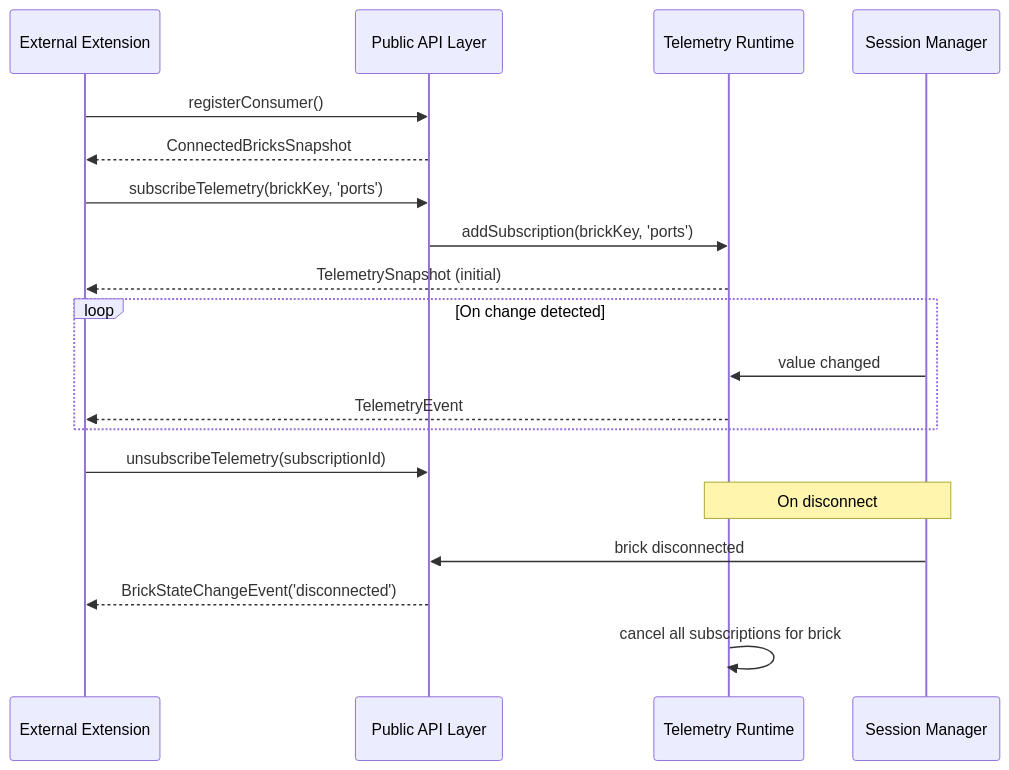
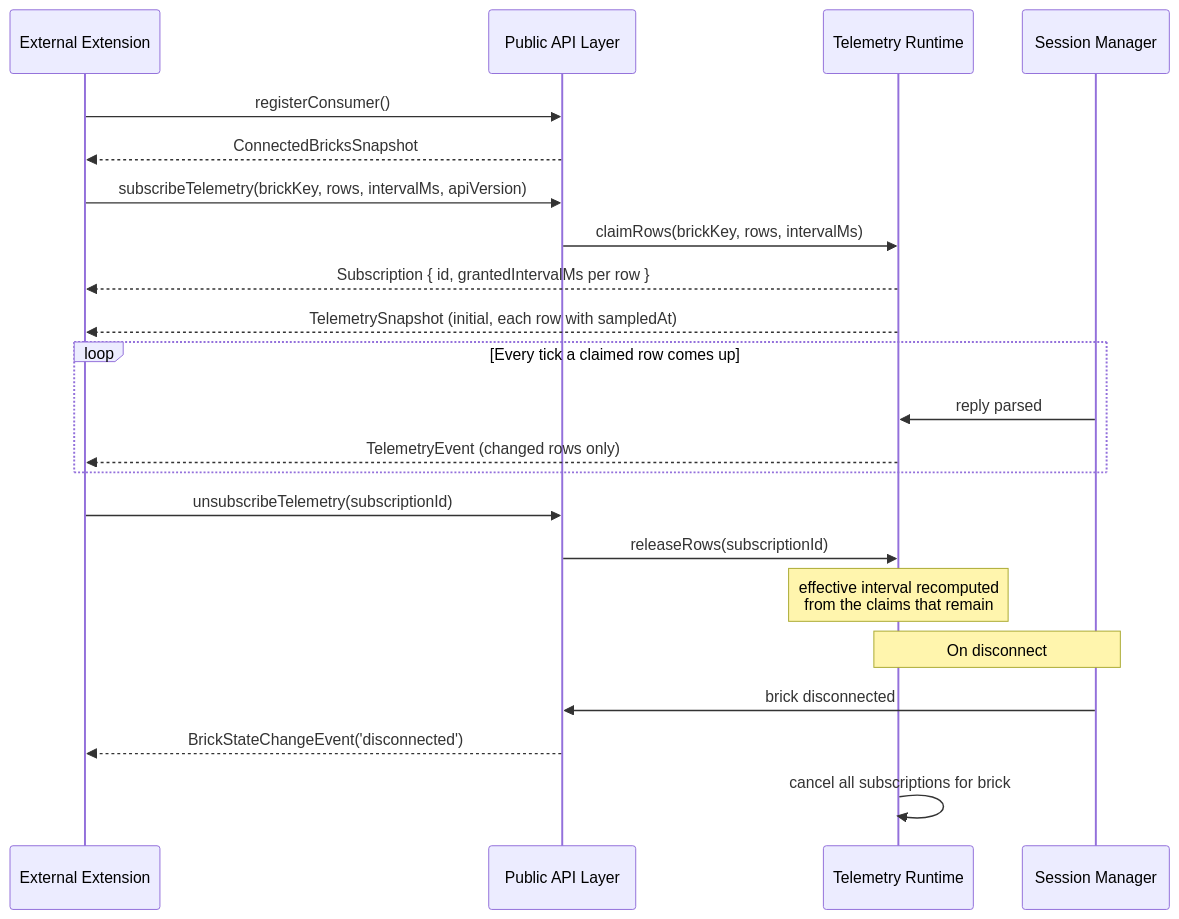
Before and after one commit to 99LevelsUp/ev3-cockpit: the fifth of 5 diagrams in DESIGN.md, drawn with Mermaid. The commit also changed other lines of this file and 3 other files, not shown here.

````diff
--- a/DESIGN.md
+++ b/DESIGN.md
@@ -851,26 +1139,29 @@
 ```mermaid
 sequenceDiagram
     participant Ext as External Extension
     participant API as Public API Layer
     participant TM as Telemetry Runtime
     participant SM as Session Manager
 
     Ext->>API: registerConsumer()
     API-->>Ext: ConnectedBricksSnapshot
 
-    Ext->>API: subscribeTelemetry(brickKey, 'ports')
-    API->>TM: addSubscription(brickKey, 'ports')
-    TM-->>Ext: TelemetrySnapshot (initial)
+    Ext->>API: subscribeTelemetry(brickKey, rows, intervalMs, apiVersion)
+    API->>TM: claimRows(brickKey, rows, intervalMs)
+    TM-->>Ext: Subscription { id, grantedIntervalMs per row }
+    TM-->>Ext: TelemetrySnapshot (initial, each row with sampledAt)
 
-    loop On change detected
-        SM->>TM: value changed
-        TM-->>Ext: TelemetryEvent
+    loop Every tick a claimed row comes up
+        SM->>TM: reply parsed
+        TM-->>Ext: TelemetryEvent (changed rows only)
     end
 
     Ext->>API: unsubscribeTelemetry(subscriptionId)
+    API->>TM: releaseRows(subscriptionId)
+    note over TM: effective interval recomputed<br/>from the claims that remain
 
     note over SM,TM: On disconnect
     SM->>API: brick disconnected
     API-->>Ext: BrickStateChangeEvent('disconnected')
     TM->>TM: cancel all subscriptions for brick
 ```
````
